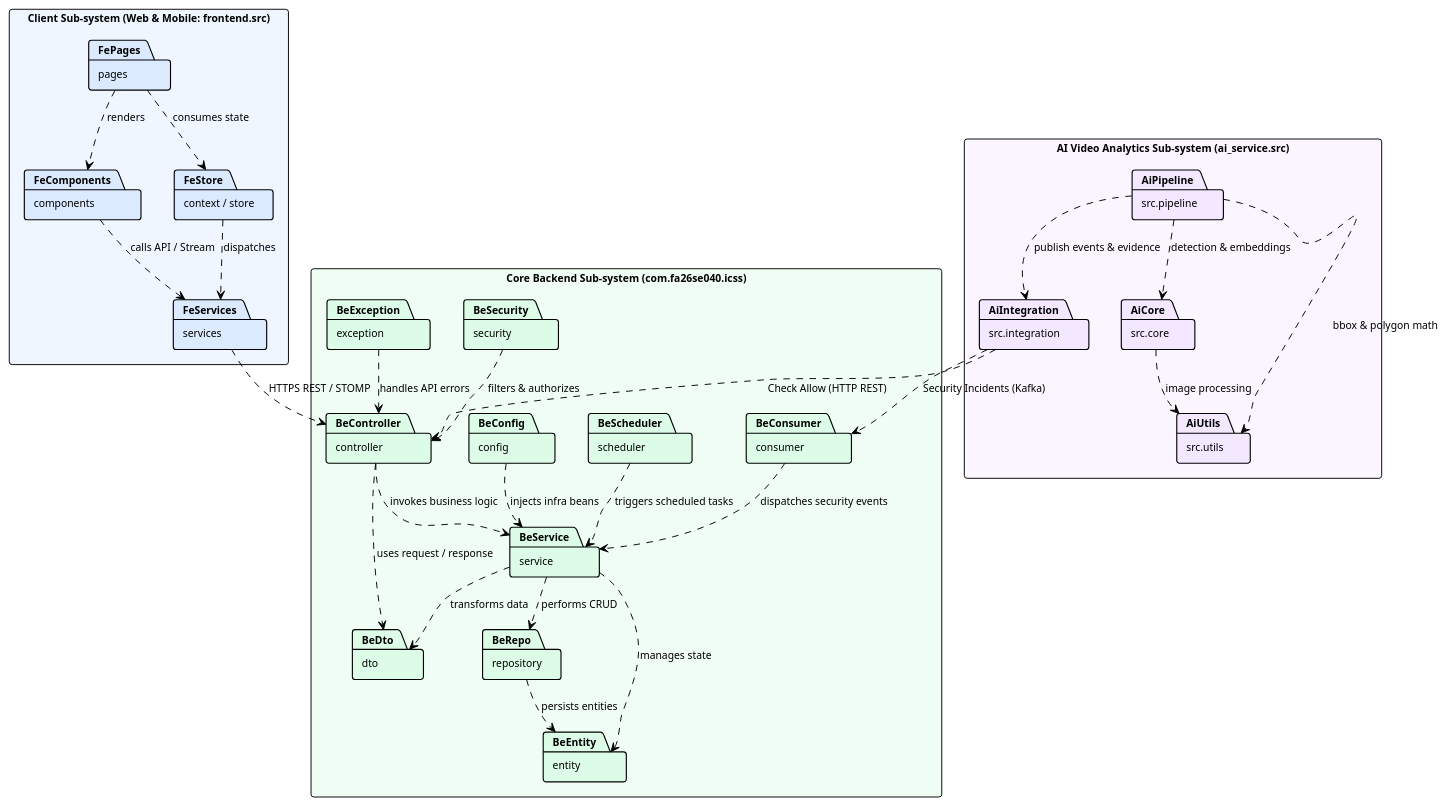
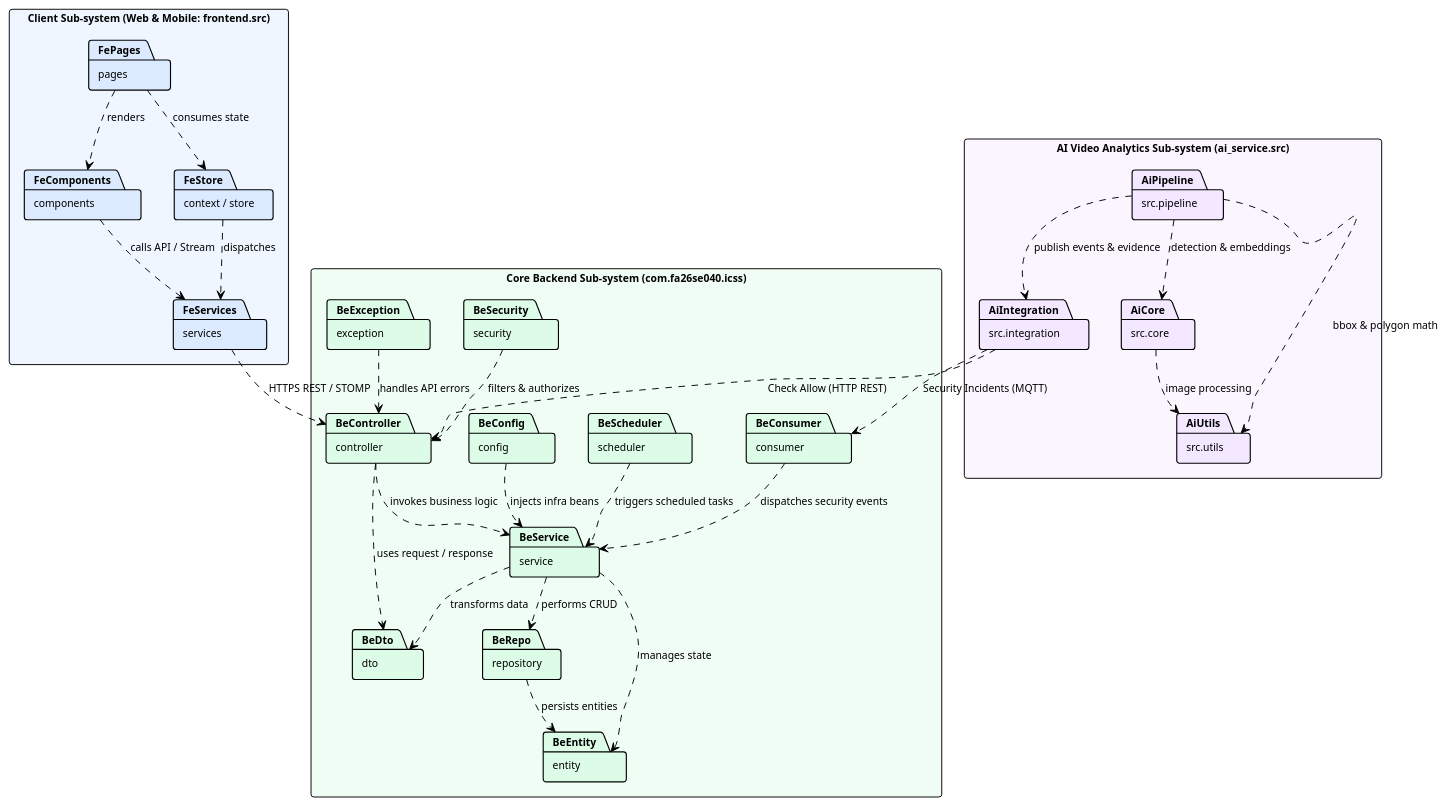
One commit to AnhHao2505/AI-Based-Intelligent-Campus-Security-Surveillance-System changed the diagram in docs/diagrams/package_diagram.puml. Above: the diagram before and after it, drawn with PlantUML. The commit also changed 27 other files, not shown here.

Commit message:
add MQTT instead of Kafka, video recording, MinIO instead of google drive

```diff
--- a/docs/diagrams/package_diagram.puml
+++ b/docs/diagrams/package_diagram.puml
@@ -1,86 +1,86 @@
 @startuml package_diagram
 !theme plain
 skinparam backgroundColor #FFFFFF
 skinparam defaultFontName Arial
 skinparam defaultFontSize 11
 skinparam roundCorner 6
 skinparam shadowing false
 skinparam packageStyle rectangle
 
 skinparam nodesep 35
 skinparam ranksep 40
 
 skinparam package {
     BorderThickness 1.2
 }
 
 ' ============================================================================
 ' CLIENT SUB-SYSTEM (PRESENTATION LAYER)
 ' ============================================================================
 package "Client Sub-system (Web & Mobile: frontend.src)" as ClientSubsys #EFF6FF {
     package "pages" as FePages #DBEAFE
     package "components" as FeComponents #DBEAFE
     package "context / store" as FeStore #DBEAFE
     package "services" as FeServices #DBEAFE
 
     FePages ..> FeComponents : renders
     FePages ..> FeStore : consumes state
     FeComponents ..> FeServices : calls API / Stream
     FeStore ..> FeServices : dispatches
 }
 
 ' ============================================================================
 ' AI VIDEO ANALYTICS SUB-SYSTEM (PYTHON / FASTAPI: ai_service.src)
 ' ============================================================================
 package "AI Video Analytics Sub-system (ai_service.src)" as AISubsys #FAF5FF {
     package "src.pipeline" as AiPipeline #F3E8FF
     package "src.core" as AiCore #F3E8FF
     package "src.integration" as AiIntegration #F3E8FF
     package "src.utils" as AiUtils #F3E8FF
 
     AiPipeline ..> AiCore : detection & embeddings
     AiPipeline ..> AiIntegration : publish events & evidence
     AiPipeline ..> AiUtils : bbox & polygon math
     AiCore ..> AiUtils : image processing
 }
 
 ' ============================================================================
 ' CORE BACKEND SUB-SYSTEM (SPRING BOOT: com.fa26se040.icss)
 ' ============================================================================
 package "Core Backend Sub-system (com.fa26se040.icss)" as BackendSubsys #F0FDF4 {
     
     package "controller" as BeController #DCFCE7
     package "security" as BeSecurity #DCFCE7
     package "consumer" as BeConsumer #DCFCE7
     package "scheduler" as BeScheduler #DCFCE7
     package "service" as BeService #DCFCE7
     package "dto" as BeDto #DCFCE7
     package "repository" as BeRepo #DCFCE7
     package "entity" as BeEntity #DCFCE7
     package "config" as BeConfig #DCFCE7
     package "exception" as BeException #DCFCE7
 
     BeSecurity ..> BeController : filters & authorizes
     BeController ..> BeService : invokes business logic
     BeController ..> BeDto : uses request / response
     BeException ..> BeController : handles API errors
 
     BeConsumer ..> BeService : dispatches security events
     BeScheduler ..> BeService : triggers scheduled tasks
 
     BeService ..> BeRepo : performs CRUD
     BeService ..> BeEntity : manages state
     BeService ..> BeDto : transforms data
     BeConfig ..> BeService : injects infra beans
 
     BeRepo ..> BeEntity : persists entities
 }
 
 ' ============================================================================
 ' CROSS-SUB-SYSTEM INTERACTIONS
 ' ============================================================================
 FeServices ..> BeController : HTTPS REST / STOMP
 AiIntegration ..> BeController : Check Allow (HTTP REST)
-AiIntegration ..> BeConsumer : Security Incidents (Kafka)
+AiIntegration ..> BeConsumer : Security Incidents (MQTT)
 
 @enduml
```
